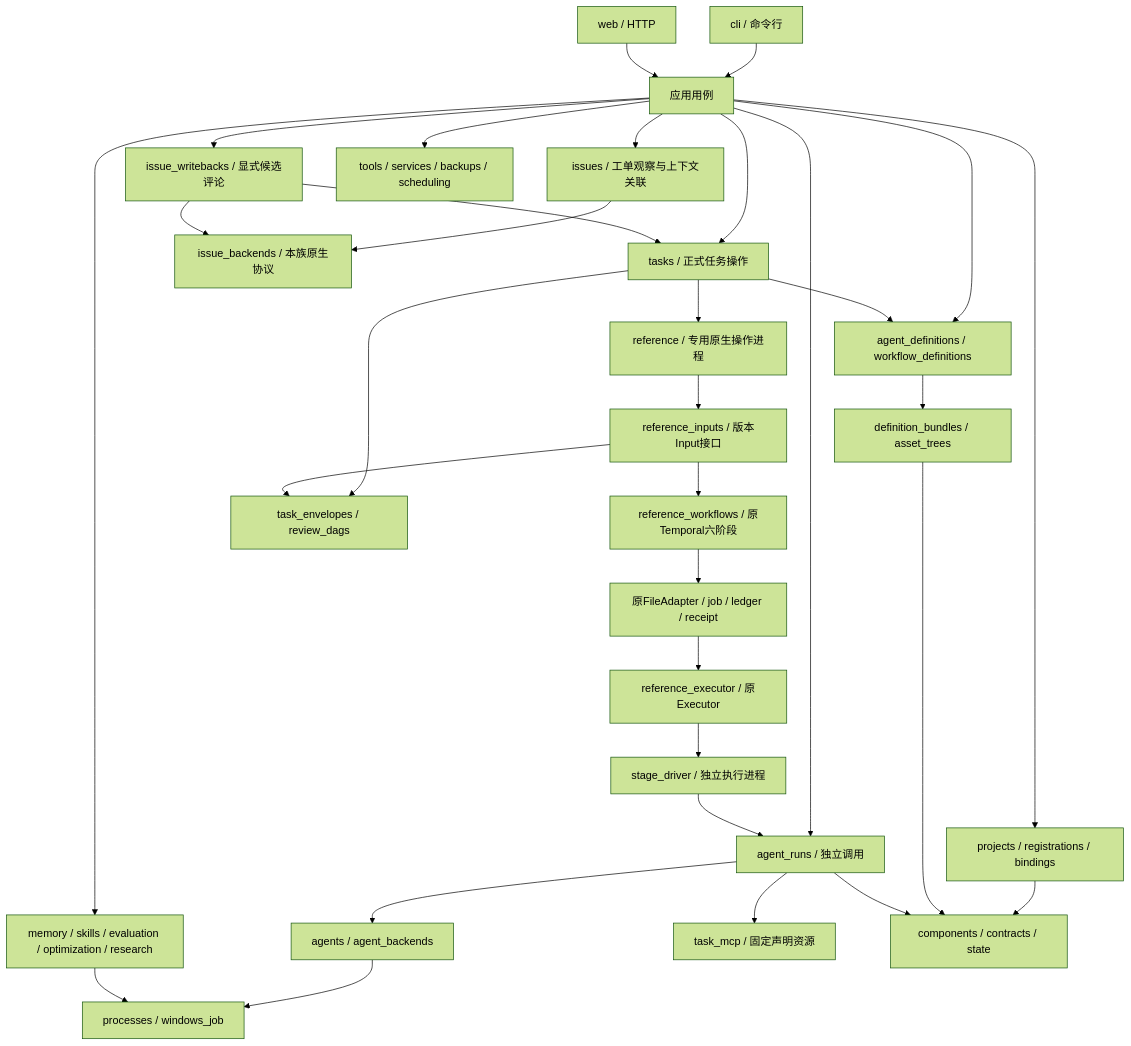
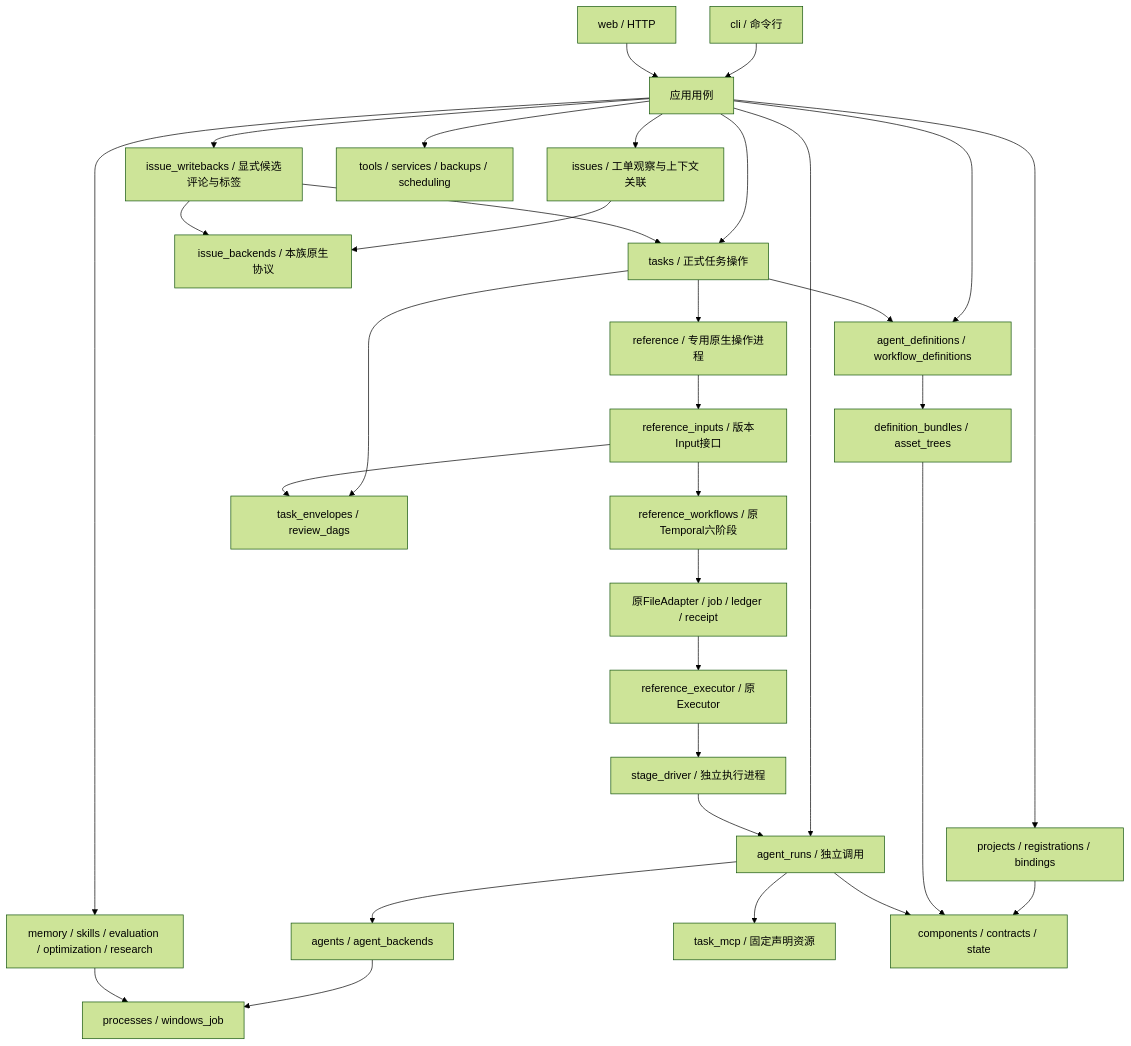
Before and after one commit to 626619403/Ergora: the first of 5 diagrams in docs/architecture/current.md, drawn with Mermaid (forest theme). The commit also changed other lines of this file and 25 other files, not shown here.

````diff
--- a/docs/architecture/current.md
+++ b/docs/architecture/current.md
@@ -11,34 +11,34 @@
 ```mermaid
 flowchart TB
   CLI[cli / 命令行] --> Uses[应用用例]
   HTTP[web / HTTP] --> Uses
   Uses --> Project[projects / registrations / bindings]
   Uses --> Tasks[tasks / 正式任务操作]
   Uses --> Issues[issues / 工单观察与上下文关联]
   Issues --> IssueBackends[issue_backends / 本族原生协议]
-  Uses --> Writebacks[issue_writebacks / 显式候选评论]
+  Uses --> Writebacks[issue_writebacks / 显式候选评论与标签]
   Writebacks --> IssueBackends
   Writebacks --> Tasks
   Uses --> Library[agent_definitions / workflow_definitions]
   Uses --> Runs[agent_runs / 独立调用]
   Uses --> Evolution[memory / skills / evaluation / optimization / research]
   Uses --> Ops[tools / services / backups / scheduling]
   Library --> Bundles[definition_bundles / asset_trees]
   Tasks --> Library
   Tasks --> Reference[reference / 专用原生操作进程]
   Reference --> Input[reference_inputs / 版本Input接口]
   Input --> Flow[reference_workflows / 原Temporal六阶段]
   Flow --> Files[原FileAdapter / job / ledger / receipt]
   Files --> Executor[reference_executor / 原Executor]
   Executor --> Driver[stage_driver / 独立执行进程]
   Driver --> Runs
   Runs --> Agents[agents / agent_backends]
   Runs --> MCP[task_mcp / 固定声明资源]
   Agents --> Processes[processes / windows_job]
   Evolution --> Processes
   Project --> Base[components / contracts / state]
   Bundles --> Base
   Runs --> Base
   Tasks --> Envelope[task_envelopes / review_dags]
   Input --> Envelope
 ```
````
